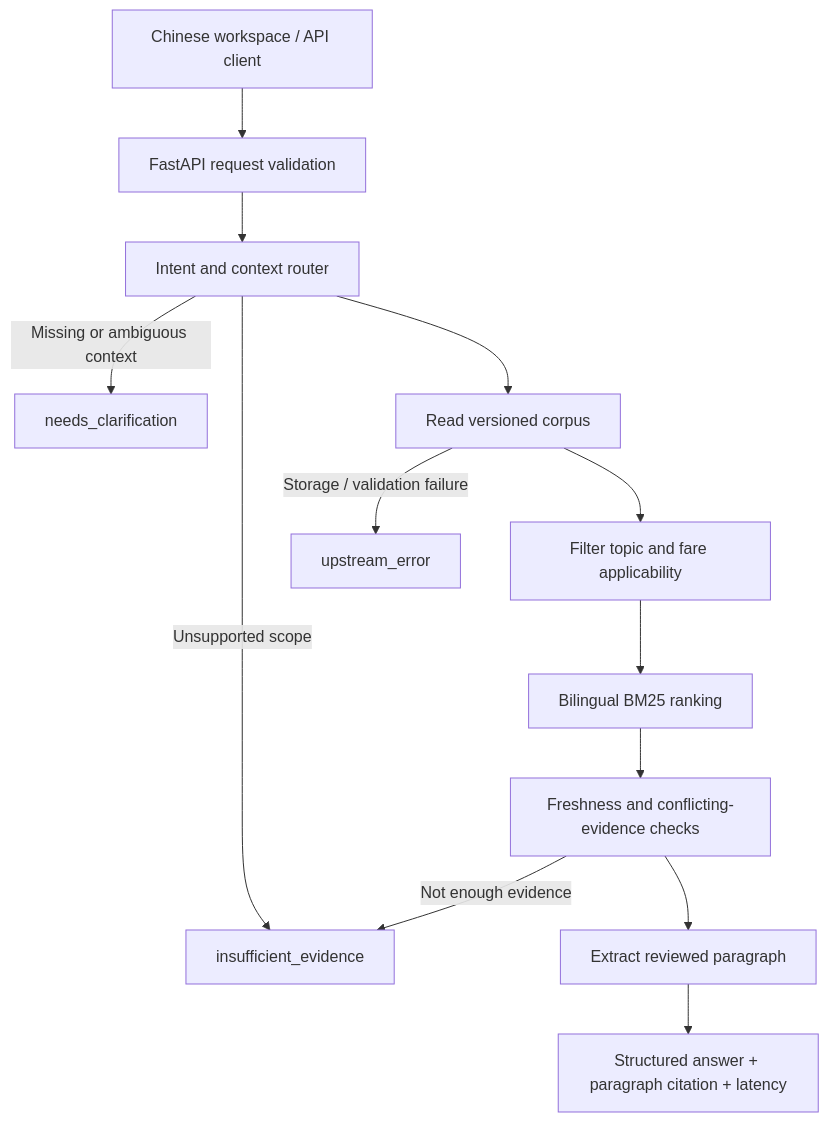
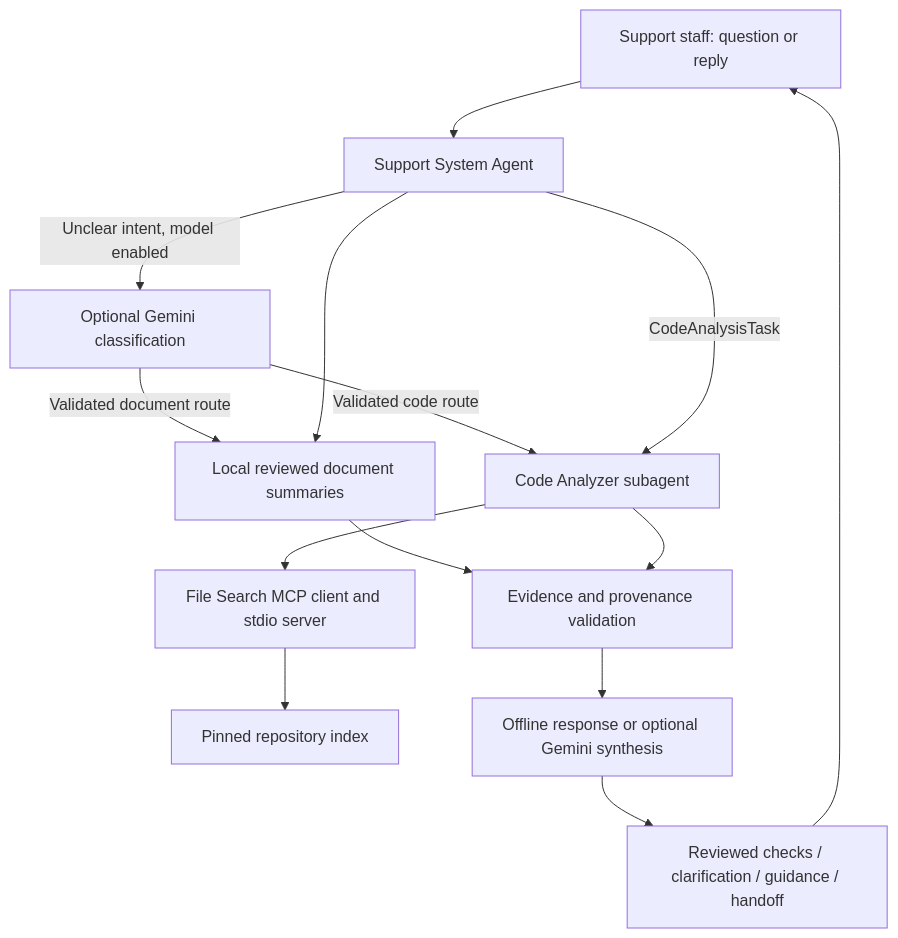
One commit to heathy321/support-system-knowledge-agent changed the diagram in README.md. Above: the diagram before and after it, drawn with Mermaid. The commit also changed other lines of this file and 85 other files, not shown here.

First line of the commit message:
Release v0.12.0: osTicket support knowledge agent with redesigned UI

````diff
--- a/README.md
+++ b/README.md
@@ -119,15 +49,16 @@
 ```mermaid
 flowchart TD
-    U[Chinese workspace / API client] --> A[FastAPI request validation]
-    A --> R[Intent and context router]
-    R -->|Missing or ambiguous context| C[needs_clarification]
-    R -->|Unsupported scope| I[insufficient_evidence]
-    R --> K[Read versioned corpus]
-    K -->|Storage / validation failure| E[upstream_error]
-    K --> F[Filter topic and fare applicability]
-    F --> B[Bilingual BM25 ranking]
-    B --> V[Freshness and conflicting-evidence checks]
-    V -->|Not enough evidence| I
-    V --> X[Extract reviewed paragraph]
-    X --> S[Structured answer + paragraph citation + latency]
+    U[Support staff: question or reply] --> M[Support System Agent]
+    M -->|Unclear intent, model enabled| I[Optional Gemini classification]
+    I -->|Validated document route| D
+    I -->|Validated code route| C
+    M --> D[Local reviewed document summaries]
+    M -->|CodeAnalysisTask| C[Code Analyzer subagent]
+    C --> P[File Search MCP client and stdio server]
+    P --> R[Pinned repository index]
+    D --> E[Evidence and provenance validation]
+    C --> E
+    E --> G[Offline response or optional Gemini synthesis]
+    G --> S[Reviewed checks / clarification / guidance / handoff]
+    S --> U
 ```
````
